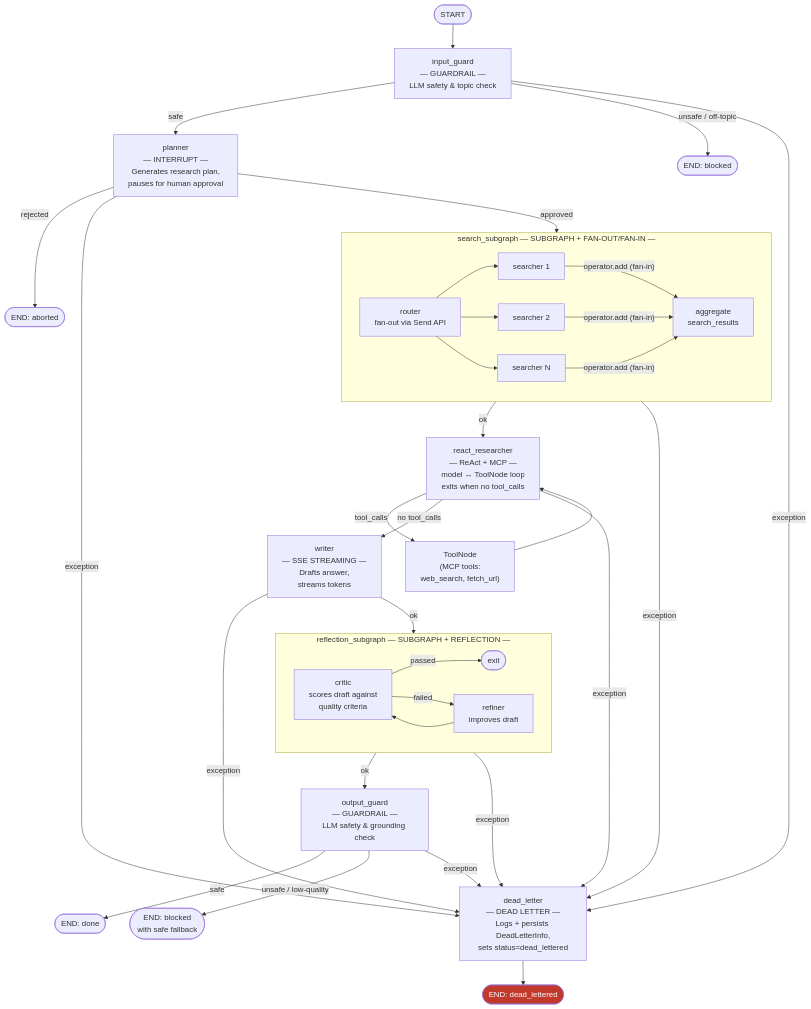
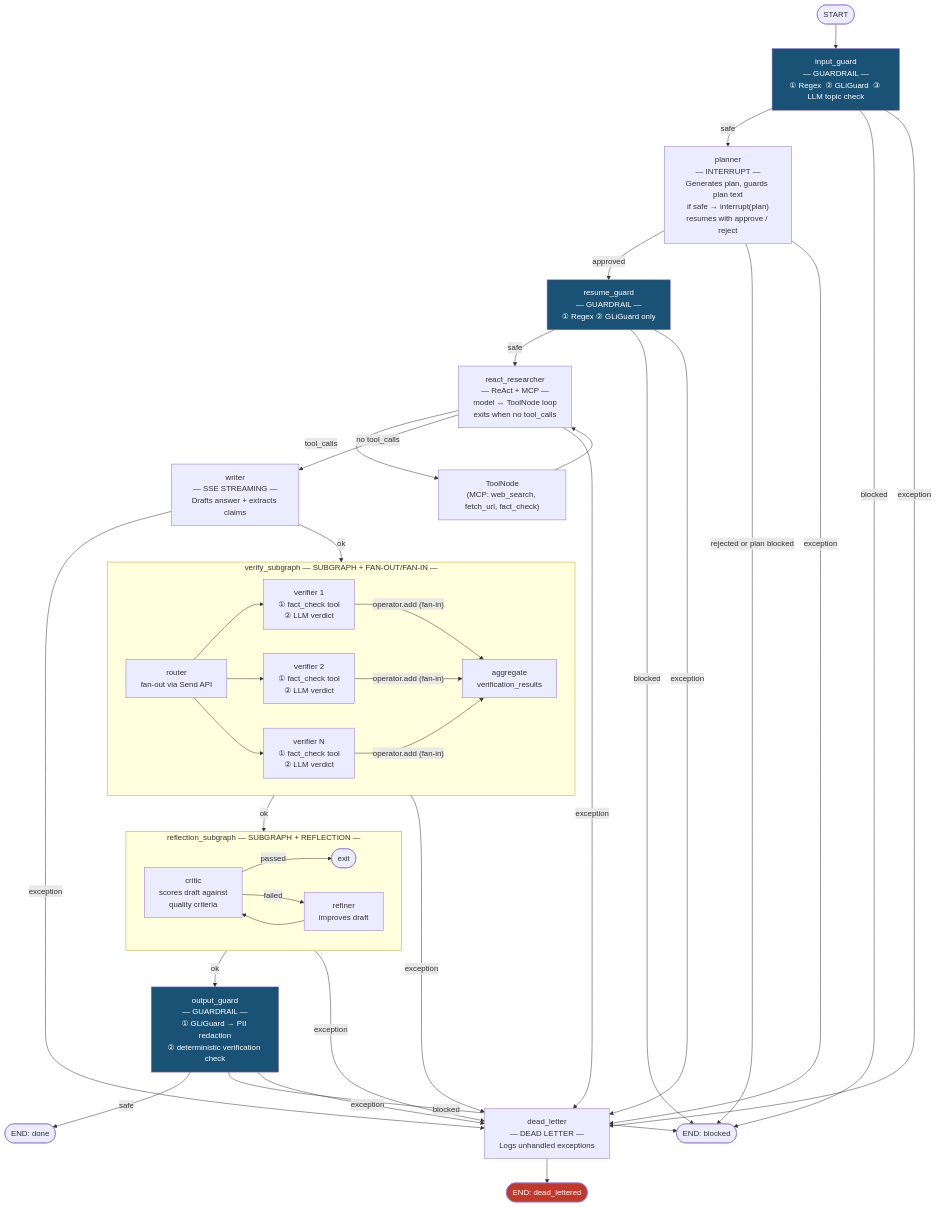
One commit to konrad-woj/uv-app-template changed the diagram in agent-app/PLAN.md. Above: the diagram before and after it, drawn with Mermaid. The commit also changed other lines of this file and 39 other files, not shown here.

````diff
--- a/agent-app/PLAN.md
+++ b/agent-app/PLAN.md
@@ -82,57 +133,61 @@
 ```mermaid
 flowchart TD
-    DL([END: dead_lettered]):::dl
+    classDef dl fill:#c0392b,color:#fff
+    classDef guard fill:#1a5276,color:#fff
 
     START([START]) --> input_guard
 
-    input_guard["input_guard\n— GUARDRAIL —\nLLM safety & topic check"]
+    input_guard["input_guard\n— GUARDRAIL —\n① Regex  ② GLiGuard  ③ LLM topic check"]:::guard
     input_guard -->|safe| planner
-    input_guard -->|unsafe / off-topic| END_blocked([END: blocked])
+    input_guard -->|blocked| END_blocked([END: blocked])
     input_guard -->|exception| dead_letter
 
-    planner["planner\n— INTERRUPT —\nGenerates research plan,\npauses for human approval"]
-    planner -->|approved| search_subgraph
-    planner -->|rejected| END_aborted([END: aborted])
+    planner["planner\n— INTERRUPT —\nGenerates plan, guards plan text\nif safe → interrupt(plan)\nresumes with approve / reject"]
+    planner -->|approved| resume_guard
+    planner -->|rejected or plan blocked| END_blocked
     planner -->|exception| dead_letter
 
-    subgraph search_subgraph["search_subgraph  — SUBGRAPH + FAN-OUT/FAN-IN —"]
-        direction LR
-        router["router\nfan-out via Send API"] --> s1["searcher 1"]
-        router --> s2["searcher 2"]
-        router --> sN["searcher N"]
-        s1 & s2 & sN -->|"operator.add (fan-in)"| agg["aggregate\nsearch_results"]
-    end
-
-    search_subgraph -->|ok| react_researcher
-    search_subgraph -->|exception| dead_letter
+    resume_guard["resume_guard\n— GUARDRAIL —\n① Regex  ② GLiGuard only"]:::guard
+    resume_guard -->|safe| react_researcher
+    resume_guard -->|blocked| END_blocked
+    resume_guard -->|exception| dead_letter
 
     react_researcher["react_researcher\n— ReAct + MCP —\nmodel ↔ ToolNode loop\nexits when no tool_calls"]
-    react_researcher -->|tool_calls| tools["ToolNode\n(MCP tools:\nweb_search, fetch_url)"]
+    react_researcher -->|tool_calls| tools["ToolNode\n(MCP: web_search, fetch_url, fact_check)"]
     tools --> react_researcher
     react_researcher -->|no tool_calls| writer
     react_researcher -->|exception| dead_letter
 
-    writer["writer\n— SSE STREAMING —\nDrafts answer,\nstreams tokens"]
-    writer -->|ok| reflection_subgraph
+    writer["writer\n— SSE STREAMING —\nDrafts answer + extracts claims"]
+    writer -->|ok| verify_subgraph
     writer -->|exception| dead_letter
+
+    subgraph verify_subgraph["verify_subgraph  — SUBGRAPH + FAN-OUT/FAN-IN —"]
+        direction LR
+        vg_router["router\nfan-out via Send API"] --> v1["verifier 1\n① fact_check tool\n② LLM verdict"]
+        vg_router --> v2["verifier 2\n① fact_check tool\n② LLM verdict"]
+        vg_router --> vN["verifier N\n① fact_check tool\n② LLM verdict"]
+        v1 & v2 & vN -->|"operator.add (fan-in)"| agg["aggregate\nverification_results"]
+    end
+
+    verify_subgraph -->|ok| reflection_subgraph
+    verify_subgraph -->|exception| dead_letter
 
     subgraph reflection_subgraph["reflection_subgraph  — SUBGRAPH + REFLECTION —"]
         direction LR
         critic["critic\nscores draft against\nquality criteria"] -->|passed| done_r(["exit"])
         critic -->|failed| refiner["refiner\nimproves draft"]
         refiner --> critic
     end
 
     reflection_subgraph -->|ok| output_guard
     reflection_subgraph -->|exception| dead_letter
 
-    output_guard["output_guard\n— GUARDRAIL —\nLLM safety & grounding check"]
+    output_guard["output_guard\n— GUARDRAIL —\n① GLiGuard → PII redaction\n② deterministic verification check"]:::guard
     output_guard -->|safe| END_done([END: done])
-    output_guard -->|unsafe / low-quality| END_out_blocked([END: blocked\nwith safe fallback])
+    output_guard -->|blocked| END_blocked
     output_guard -->|exception| dead_letter
 
-    dead_letter["dead_letter\n— DEAD LETTER —\nLogs + persists DeadLetterInfo,\nsets status=dead_lettered"]
-    dead_letter --> DL
-
-    classDef dl fill:#c0392b,color:#fff
+    dead_letter["dead_letter\n— DEAD LETTER —\nLogs unhandled exceptions"]
+    dead_letter --> DL([END: dead_lettered]):::dl
 ```
````
